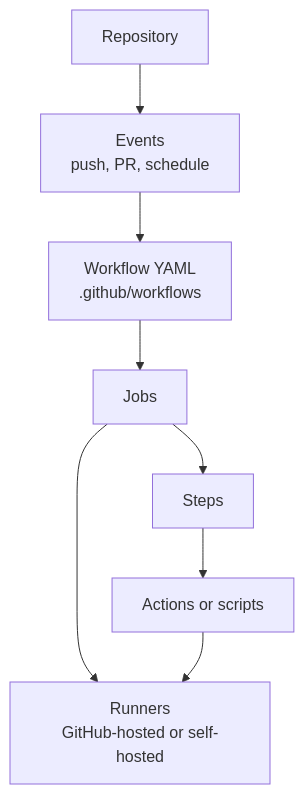
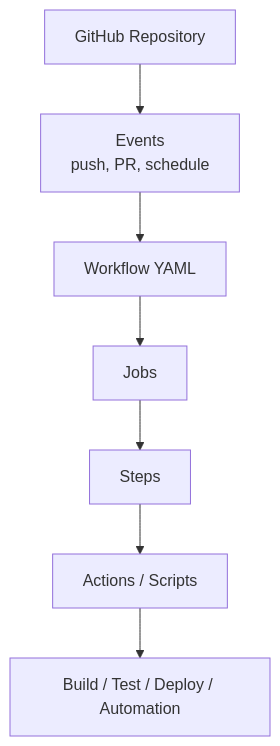
Before and after one commit to VishuKalier2003/System-Design-Components: the first of 21 diagrams in Composite/S02-CompositeBuildGraph/case-studies/GitHub-Actions.md, drawn with Mermaid. The commit also changed other lines of this file, not shown here.

````diff
--- a/Composite/S02-CompositeBuildGraph/case-studies/GitHub-Actions.md
+++ b/Composite/S02-CompositeBuildGraph/case-studies/GitHub-Actions.md
@@ -13,10 +15,9 @@
 ```mermaid
 flowchart TD
-    A[Repository] --> B[Events<br/>push, PR, schedule]
-    B --> C[Workflow YAML<br/>.github/workflows]
+    A[GitHub Repository] --> B[Events<br/>push, PR, schedule]
+    B --> C[Workflow YAML]
     C --> D[Jobs]
     D --> E[Steps]
-    E --> F[Actions or scripts]
-    D --> G[Runners<br/>GitHub-hosted or self-hosted]
-    F --> G
+    E --> F[Actions / Scripts]
+    F --> G[Build / Test / Deploy / Automation]
 ```
````
